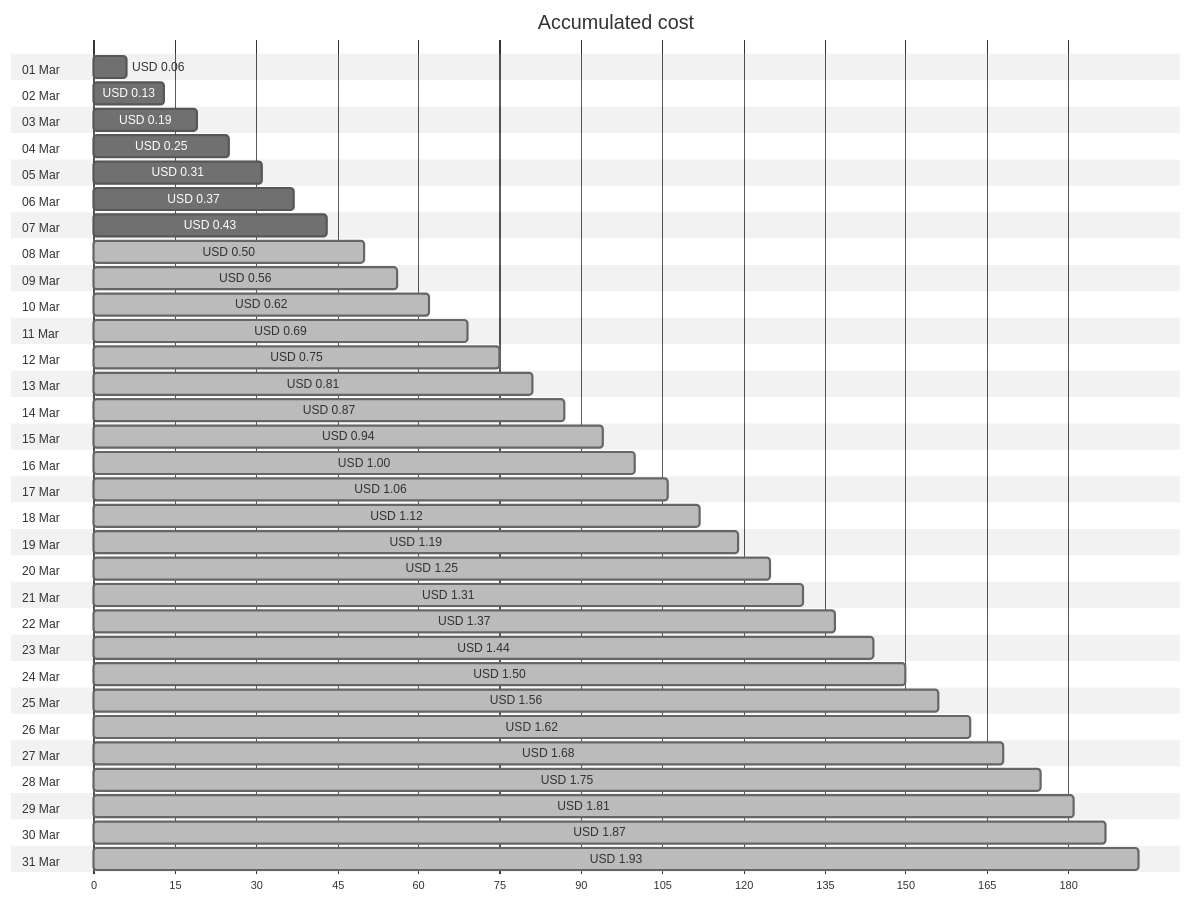
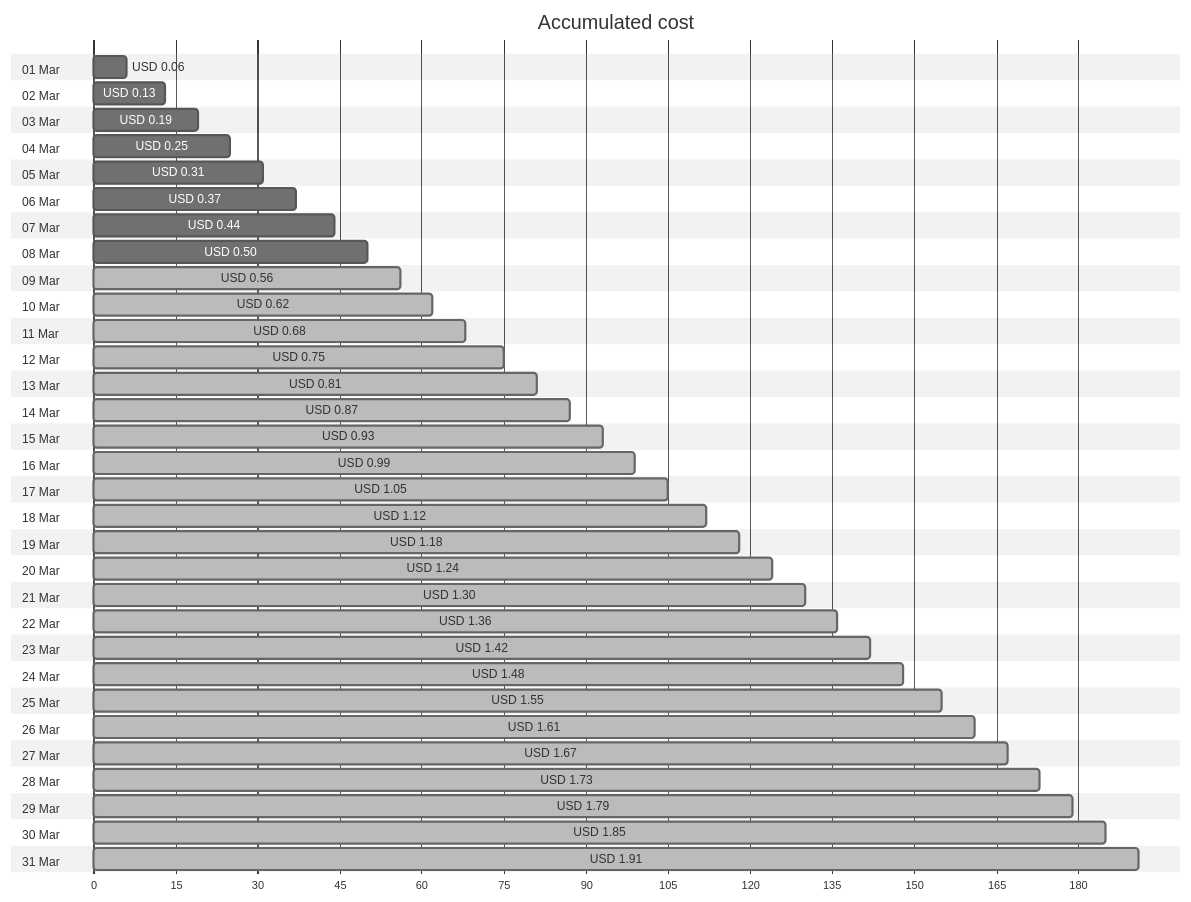
One commit to jpfulton/azure-personal-reports changed the first of 4 diagrams in cost-reports/personal-network/backup-server_OsDisk.md. Above: the diagram before and after it, drawn with Mermaid (neutral theme). The commit also changed other lines of this file and 8 other files, not shown here.

````diff
--- a/cost-reports/personal-network/backup-server_OsDisk.md
+++ b/cost-reports/personal-network/backup-server_OsDisk.md
@@ -20,68 +20,68 @@
 ```mermaid
 gantt
    title Accumulated cost
    dateFormat  X
    axisFormat %s
    section 01 Mar
    USD 0.06 :0, 6
    section 02 Mar
    USD 0.13 :0, 13
    section 03 Mar
    USD 0.19 :0, 19
    section 04 Mar
    USD 0.25 :0, 25
    section 05 Mar
    USD 0.31 :0, 31
    section 06 Mar
    USD 0.37 :0, 37
    section 07 Mar
-   USD 0.43 :0, 43
+   USD 0.44 :0, 44
    section 08 Mar
-   USD 0.50 : done, 0, 50
+   USD 0.50 :0, 50
    section 09 Mar
    USD 0.56 : done, 0, 56
    section 10 Mar
    USD 0.62 : done, 0, 62
    section 11 Mar
-   USD 0.69 : done, 0, 69
+   USD 0.68 : done, 0, 68
    section 12 Mar
    USD 0.75 : done, 0, 75
    section 13 Mar
    USD 0.81 : done, 0, 81
    section 14 Mar
    USD 0.87 : done, 0, 87
    section 15 Mar
-   USD 0.94 : done, 0, 94
+   USD 0.93 : done, 0, 93
    section 16 Mar
-   USD 1.00 : done, 0, 100
+   USD 0.99 : done, 0, 99
    section 17 Mar
-   USD 1.06 : done, 0, 106
+   USD 1.05 : done, 0, 105
    section 18 Mar
    USD 1.12 : done, 0, 112
    section 19 Mar
-   USD 1.19 : done, 0, 119
+   USD 1.18 : done, 0, 118
    section 20 Mar
-   USD 1.25 : done, 0, 125
+   USD 1.24 : done, 0, 124
    section 21 Mar
-   USD 1.31 : done, 0, 131
+   USD 1.30 : done, 0, 130
    section 22 Mar
-   USD 1.37 : done, 0, 137
+   USD 1.36 : done, 0, 136
    section 23 Mar
-   USD 1.44 : done, 0, 144
+   USD 1.42 : done, 0, 142
    section 24 Mar
-   USD 1.50 : done, 0, 150
+   USD 1.48 : done, 0, 148
    section 25 Mar
-   USD 1.56 : done, 0, 156
+   USD 1.55 : done, 0, 155
    section 26 Mar
-   USD 1.62 : done, 0, 162
+   USD 1.61 : done, 0, 161
    section 27 Mar
-   USD 1.68 : done, 0, 168
+   USD 1.67 : done, 0, 167
    section 28 Mar
-   USD 1.75 : done, 0, 175
+   USD 1.73 : done, 0, 173
    section 29 Mar
-   USD 1.81 : done, 0, 181
+   USD 1.79 : done, 0, 179
    section 30 Mar
-   USD 1.87 : done, 0, 187
+   USD 1.85 : done, 0, 185
    section 31 Mar
-   USD 1.93 : done, 0, 193
+   USD 1.91 : done, 0, 191
 ```
````
